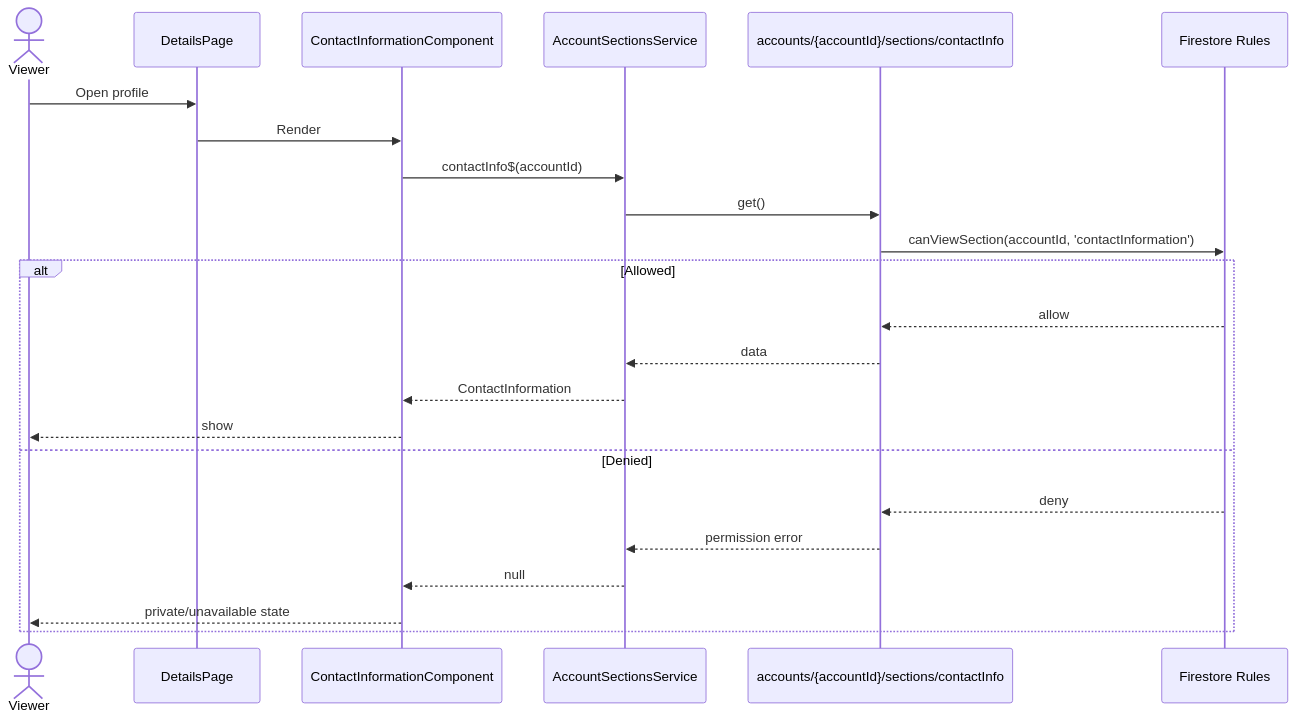
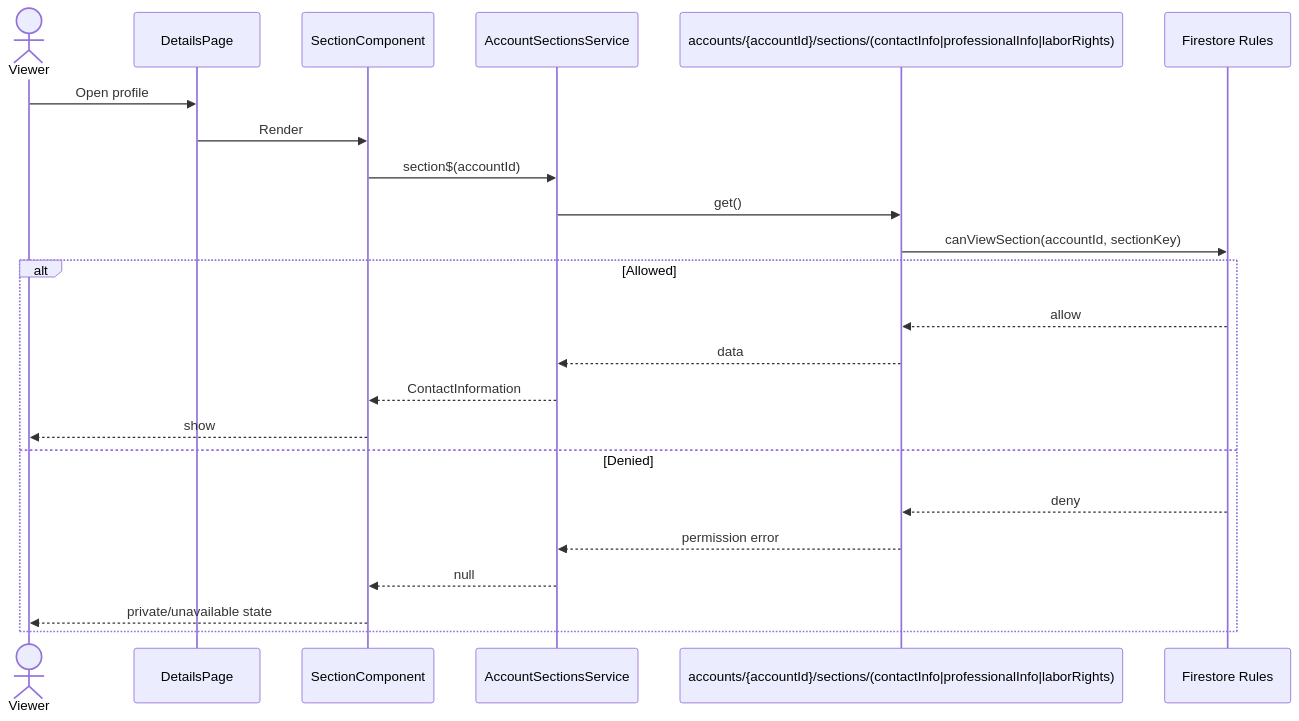
The third of 7 diagrams in docs/privacy-settings.md (ASCENDynamics-NFP/AscendCoopPlatform), drawn with Mermaid before and after one commit. The commit also changed other lines of this file, not shown here.

````diff
--- a/docs/privacy-settings.md
+++ b/docs/privacy-settings.md
@@ -144,26 +159,26 @@
 ```mermaid
 sequenceDiagram
   actor Viewer
   participant Page as DetailsPage
-  participant Cmp as ContactInformationComponent
+  participant Cmp as SectionComponent
   participant Svc as AccountSectionsService
-  participant Doc as accounts/{accountId}/sections/contactInfo
+  participant Doc as accounts/{accountId}/sections/(contactInfo|professionalInfo|laborRights)
   participant Rules as Firestore Rules
 
   Viewer->>Page: Open profile
   Page->>Cmp: Render
-  Cmp->>Svc: contactInfo$(accountId)
+  Cmp->>Svc: section$(accountId)
   Svc->>Doc: get()
-  Doc->>Rules: canViewSection(accountId, 'contactInformation')
+  Doc->>Rules: canViewSection(accountId, sectionKey)
   alt Allowed
     Rules-->>Doc: allow
     Doc-->>Svc: data
     Svc-->>Cmp: ContactInformation
     Cmp-->>Viewer: show
   else Denied
     Rules-->>Doc: deny
     Doc-->>Svc: permission error
     Svc-->>Cmp: null
     Cmp-->>Viewer: private/unavailable state
   end
 ```
````
